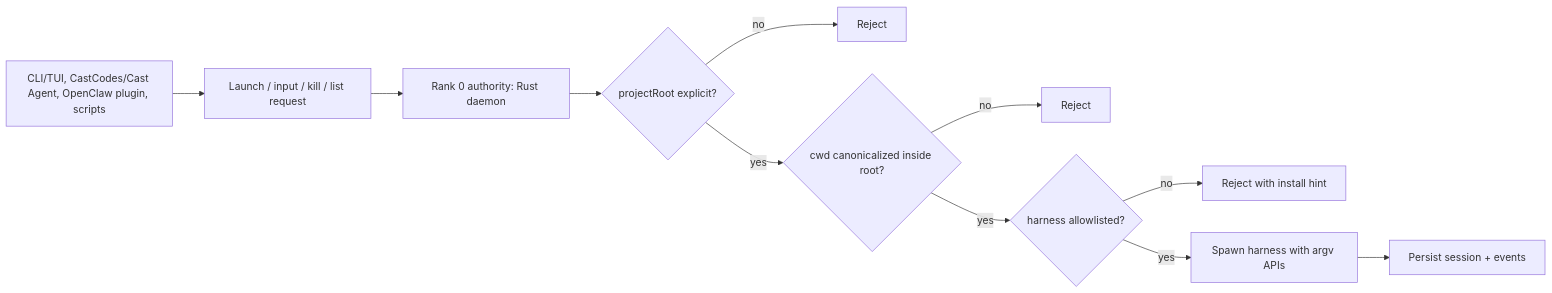
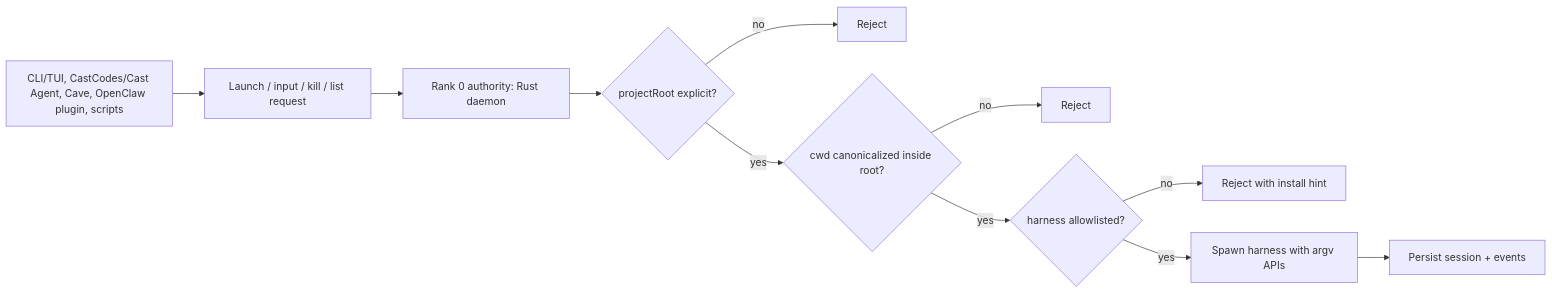
One commit to OpenCoven/coven-docs changed the third of 4 diagrams in content/docs/guide/architecture.mdx. Above: the diagram before and after it, drawn with Mermaid. The commit also changed other lines of this file and 13 other files, not shown here.

````diff
--- a/content/docs/guide/architecture.mdx
+++ b/content/docs/guide/architecture.mdx
@@ -93,13 +95,13 @@
 ```mermaid
 flowchart LR
-  Client[CLI/TUI, CastCodes/Cast Agent, OpenClaw plugin, scripts] --> Request[Launch / input / kill / list request]
+  Client[CLI/TUI, CastCodes/Cast Agent, Cave, OpenClaw plugin, scripts] --> Request[Launch / input / kill / list request]
   Request --> Rust[Rank 0 authority: Rust daemon]
   Rust --> RootCheck{projectRoot explicit?}
   RootCheck -- no --> RejectRoot[Reject]
   RootCheck -- yes --> CwdCheck{cwd canonicalized inside root?}
   CwdCheck -- no --> RejectCwd[Reject]
   CwdCheck -- yes --> HarnessCheck{harness allowlisted?}
   HarnessCheck -- no --> RejectHarness[Reject with install hint]
   HarnessCheck -- yes --> Spawn[Spawn harness with argv APIs]
   Spawn --> Ledger[Persist session + events]
 ```
````
